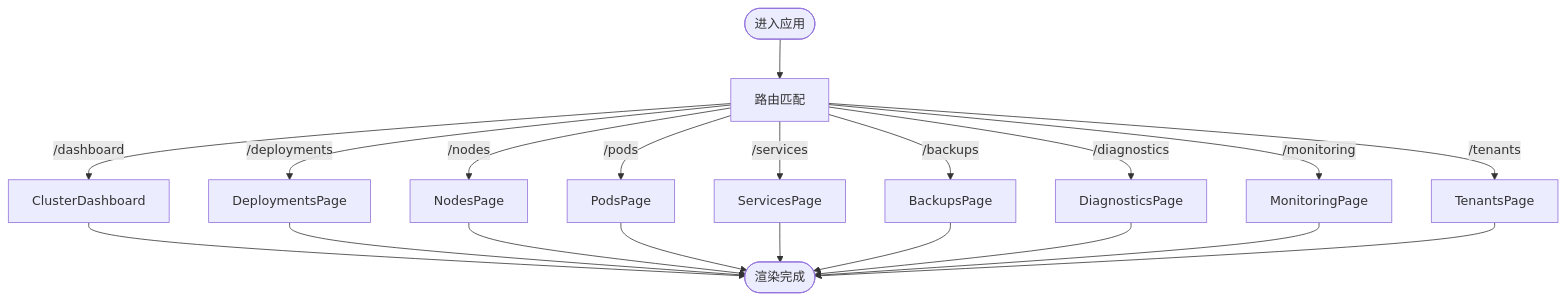
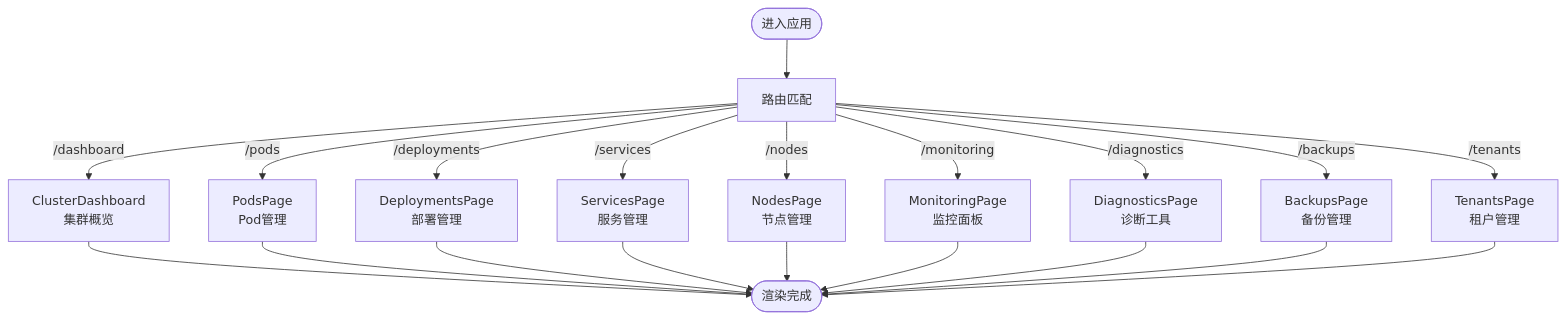
One commit to kudig-io/klaw changed the fifth of 8 diagrams in .qoder/repowiki/zh/content/Web前端应用/Web前端应用.md. Above: the diagram before and after it, drawn with Mermaid. The commit also changed other lines of this file and 245 other files, not shown here.

````diff
--- a/.qoder/repowiki/zh/content/Web前端应用/Web前端应用.md
+++ b/.qoder/repowiki/zh/content/Web前端应用/Web前端应用.md
@@ -253,22 +267,22 @@
 ```mermaid
 flowchart TD
 Start(["进入应用"]) --> Route["路由匹配"]
-Route --> |/dashboard| Dashboard["ClusterDashboard"]
-Route --> |/deployments| Deployments["DeploymentsPage"]
-Route --> |/nodes| Nodes["NodesPage"]
-Route --> |/pods| Pods["PodsPage"]
-Route --> |/services| Services["ServicesPage"]
-Route --> |/backups| Backups["BackupsPage"]
-Route --> |/diagnostics| Diagnostics["DiagnosticsPage"]
-Route --> |/monitoring| Monitoring["MonitoringPage"]
-Route --> |/tenants| Tenants["TenantsPage"]
+Route --> |/dashboard| Dashboard["ClusterDashboard<br/>集群概览"]
+Route --> |/pods| Pods["PodsPage<br/>Pod管理"]
+Route --> |/deployments| Deployments["DeploymentsPage<br/>部署管理"]
+Route --> |/services| Services["ServicesPage<br/>服务管理"]
+Route --> |/nodes| Nodes["NodesPage<br/>节点管理"]
+Route --> |/monitoring| Monitoring["MonitoringPage<br/>监控面板"]
+Route --> |/diagnostics| Diagnostics["DiagnosticsPage<br/>诊断工具"]
+Route --> |/backups| Backups["BackupsPage<br/>备份管理"]
+Route --> |/tenants| Tenants["TenantsPage<br/>租户管理"]
 Dashboard --> End(["渲染完成"])
+Pods --> End
 Deployments --> End
+Services --> End
 Nodes --> End
-Pods --> End
-Services --> End
+Monitoring --> End
+Diagnostics --> End
 Backups --> End
-Diagnostics --> End
-Monitoring --> End
 Tenants --> End
 ```
````
